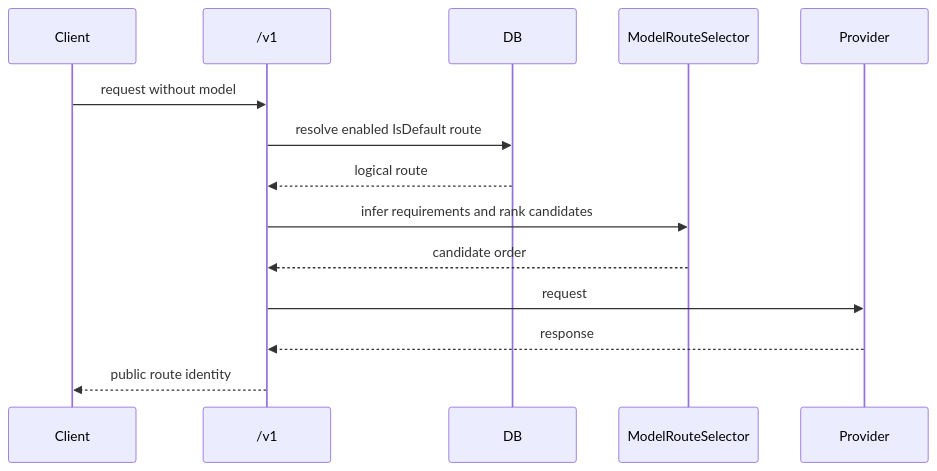
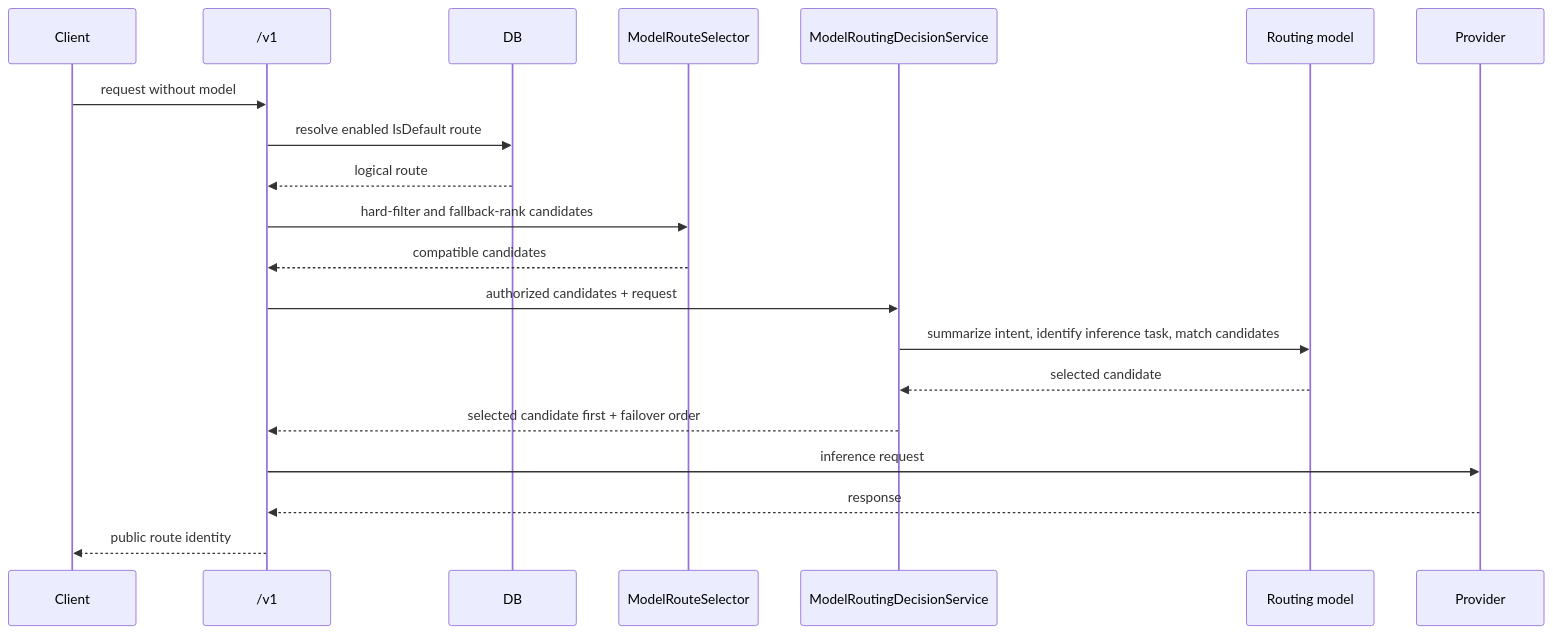
Before and after one commit to theonemule/MCP-Proxy: the sixth of 9 diagrams in docs/ARCHITECTURE.md, drawn with Mermaid. The commit also changed other lines of this file and 130 other files, not shown here.

```diff
--- a/docs/ARCHITECTURE.md
+++ b/docs/ARCHITECTURE.md
@@ -211,17 +218,23 @@
 ~~~mermaid
 sequenceDiagram
     participant Client
     participant API as /v1
     participant DB
-    participant Router as ModelRouteSelector
+    participant Selector as ModelRouteSelector
+    participant Decision as ModelRoutingDecisionService
+    participant RoutingModel as Routing model
     participant Provider
 
     Client->>API: request without model
     API->>DB: resolve enabled IsDefault route
     DB-->>API: logical route
-    API->>Router: infer requirements and rank candidates
-    Router-->>API: candidate order
-    API->>Provider: request
+    API->>Selector: hard-filter and fallback-rank candidates
+    Selector-->>API: compatible candidates
+    API->>Decision: authorized candidates + request
+    Decision->>RoutingModel: summarize intent, identify inference task, match candidates
+    RoutingModel-->>Decision: selected candidate
+    Decision-->>API: selected candidate first + failover order
+    API->>Provider: inference request
     Provider-->>API: response
     API-->>Client: public route identity
 ~~~
```
